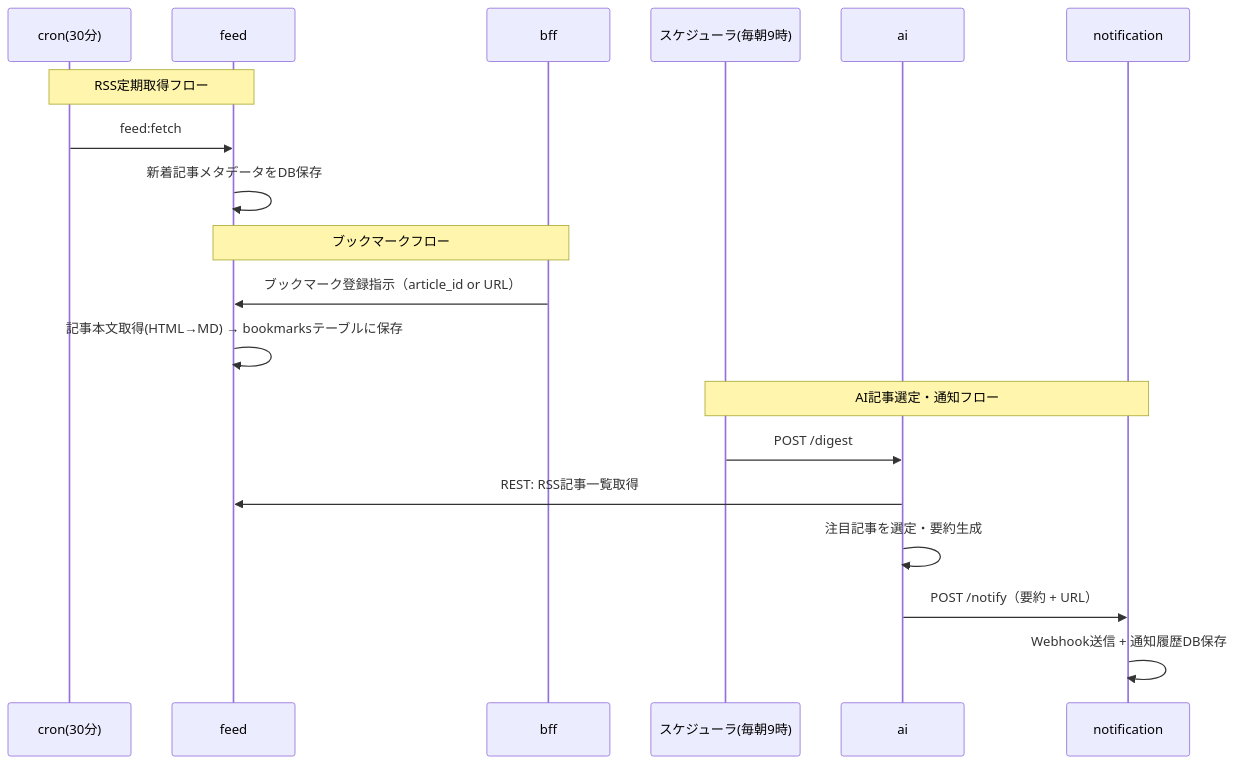
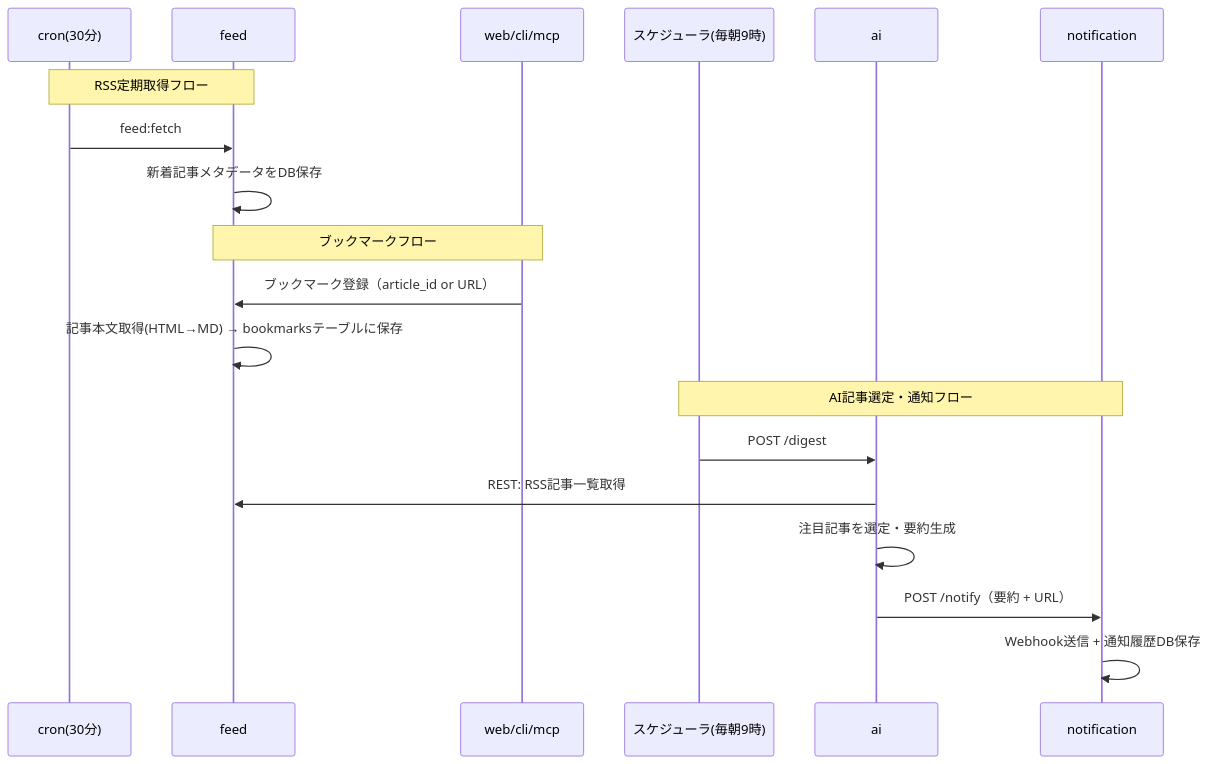
Before and after one commit to sori883/bookmark-rss-tyoukan: the third of 4 diagrams in docs/02.技術設計.md, drawn with Mermaid. The commit also changed other lines of this file and 52 other files, not shown here.

````diff
--- a/docs/02.技術設計.md
+++ b/docs/02.技術設計.md
@@ -230,24 +213,24 @@
 ```mermaid
 sequenceDiagram
     participant cron30 as cron(30分)
     participant feed
-    participant bff
+    participant client as web/cli/mcp
     participant scheduler as スケジューラ(毎朝9時)
     participant ai
     participant notification
 
     Note over cron30, feed: RSS定期取得フロー
     cron30->>feed: feed:fetch
     feed->>feed: 新着記事メタデータをDB保存
 
-    Note over bff, feed: ブックマークフロー
-    bff->>feed: ブックマーク登録指示（article_id or URL）
+    Note over client, feed: ブックマークフロー
+    client->>feed: ブックマーク登録（article_id or URL）
     feed->>feed: 記事本文取得(HTML→MD) → bookmarksテーブルに保存
 
     Note over scheduler, notification: AI記事選定・通知フロー
     scheduler->>ai: POST /digest
     ai->>feed: REST: RSS記事一覧取得
     ai->>ai: 注目記事を選定・要約生成
     ai->>notification: POST /notify（要約 + URL）
     notification->>notification: Webhook送信 + 通知履歴DB保存
 ```
````
